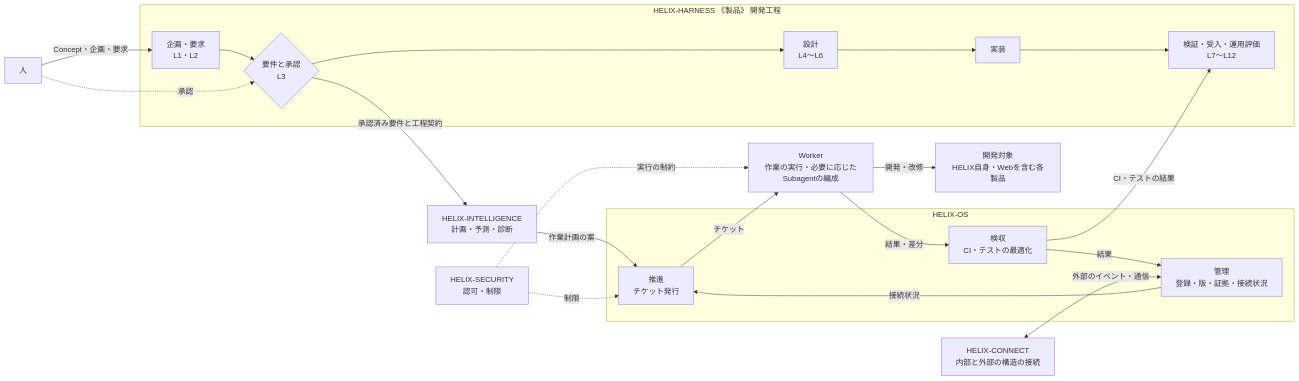
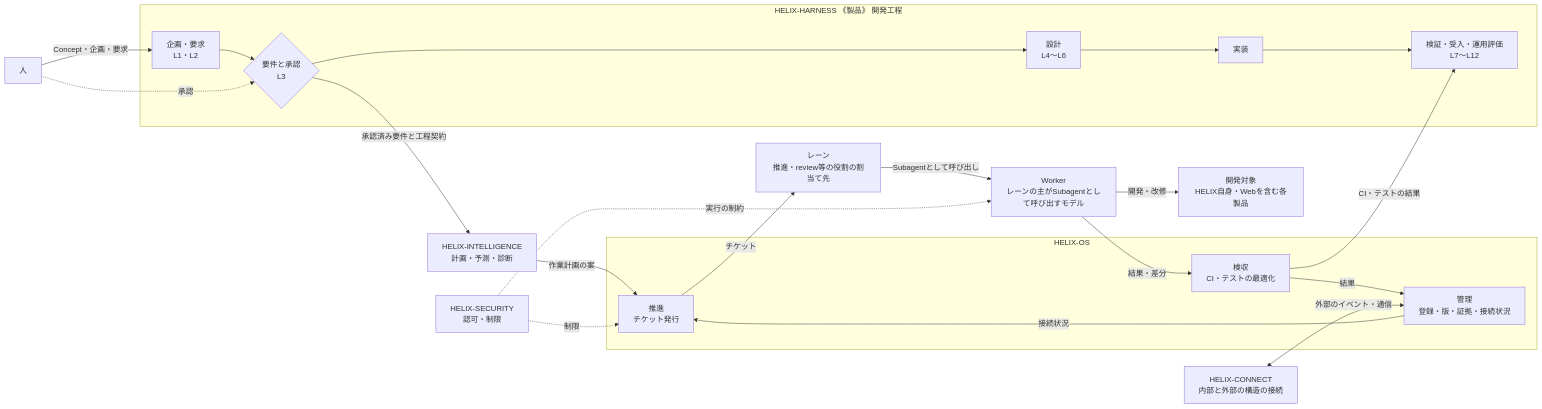
Before and after one commit to RetryYN/HELIX-HARNESS: the second of 3 diagrams in docs/concept/helix-concept.md, drawn with Mermaid. The commit also changed other lines of this file and 173 other files, not shown here.

Commit message:
docs: define lanes and Workers per PO, add OS Worker contract, migration audits and rebinds

````diff
--- a/docs/concept/helix-concept.md
+++ b/docs/concept/helix-concept.md
@@ -120,38 +120,40 @@
 ```mermaid
 flowchart LR
     Human["人"]
 
     subgraph PROC["HELIX-HARNESS 《製品》 開発工程"]
         REQ["企画・要求<br/>L1・L2"]
         APP{"要件と承認<br/>L3"}
         DES["設計<br/>L4〜L6"]
         IMP["実装"]
         VER["検証・受入・運用評価<br/>L7〜L12"]
         REQ --> APP --> DES --> IMP --> VER
     end
 
     INTF["HELIX-INTELLIGENCE<br/>計画・予測・診断"]
     subgraph OSG["HELIX-OS"]
         MGMT["管理<br/>登録・版・証拠・接続状況"]
         PROM["推進<br/>チケット発行"]
         ACC["検収<br/>CI・テストの最適化"]
     end
-    WORKER["Worker<br/>作業の実行・必要に応じたSubagentの編成"]
+    LANES["レーン<br/>推進・review等の役割の割当て先"]
+    WORKER["Worker<br/>レーンの主がSubagentとして呼び出すモデル"]
     SEC["HELIX-SECURITY<br/>認可・制限"]
     CONNECT["HELIX-CONNECT<br/>内部と外部の構造の接続"]
     Targets["開発対象<br/>HELIX自身・Webを含む各製品"]
 
     Human -->|Concept・企画・要求| REQ
     Human -.->|承認| APP
     APP -->|承認済み要件と工程契約| INTF
     INTF -->|作業計画の案| PROM
     MGMT -->|接続状況| PROM
-    PROM -->|チケット| WORKER
+    PROM -->|チケット| LANES
+    LANES -->|Subagentとして呼び出し| WORKER
     WORKER -->|開発・改修| Targets
     WORKER -->|結果・差分| ACC
     ACC -->|CI・テストの結果| VER
     ACC -->|結果| MGMT
     SEC -.->|制限| PROM
     SEC -.->|実行の制約| WORKER
     CONNECT <-->|外部のイベント・通信| MGMT
 ```
````
